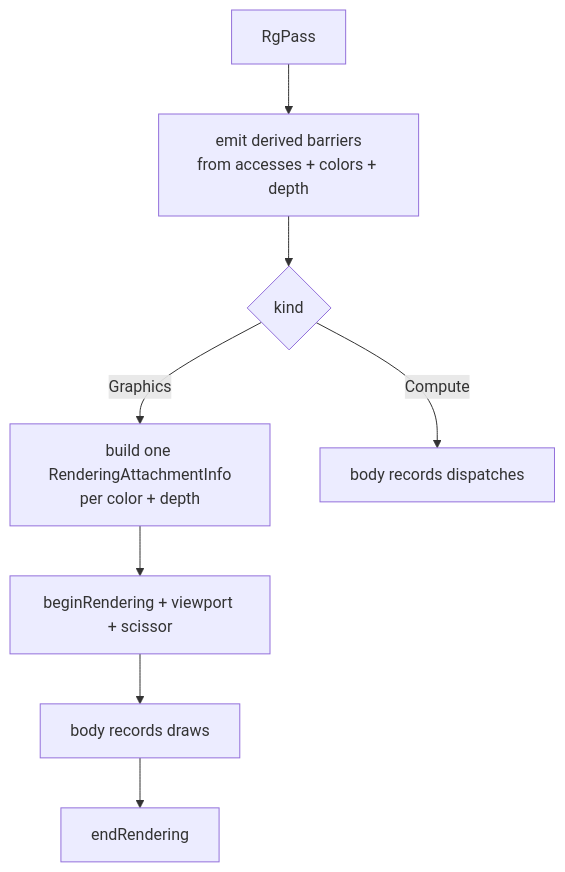
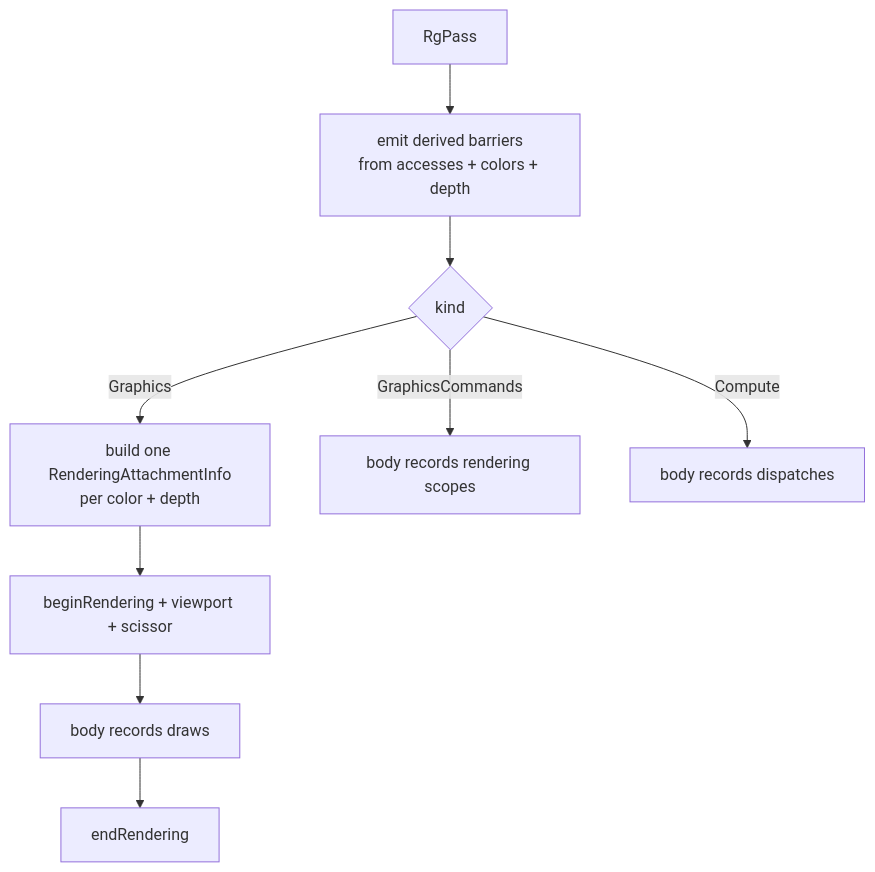
The diagram in docs/content/explanations/frame-and-render-graph/passes-and-attachments.md (saffronjam/SaffronEngine), drawn with Mermaid before and after one commit. The commit also changed other lines of this file and 3 other files, not shown here.

First line of the commit message:
docs: cover graph buffers and indirect usages

````diff
--- a/docs/content/explanations/frame-and-render-graph/passes-and-attachments.md
+++ b/docs/content/explanations/frame-and-render-graph/passes-and-attachments.md
@@ -40,10 +42,11 @@
 ```mermaid
 flowchart TD
     A[RgPass] --> B[emit derived barriers<br/>from accesses + colors + depth]
     B --> C{kind}
     C -- Graphics --> D[build one RenderingAttachmentInfo<br/>per color + depth]
     D --> E[beginRendering + viewport + scissor]
     E --> F[body records draws]
     F --> G[endRendering]
+    C -- GraphicsCommands --> I[body records rendering scopes]
     C -- Compute --> H[body records dispatches]
 ```
````
